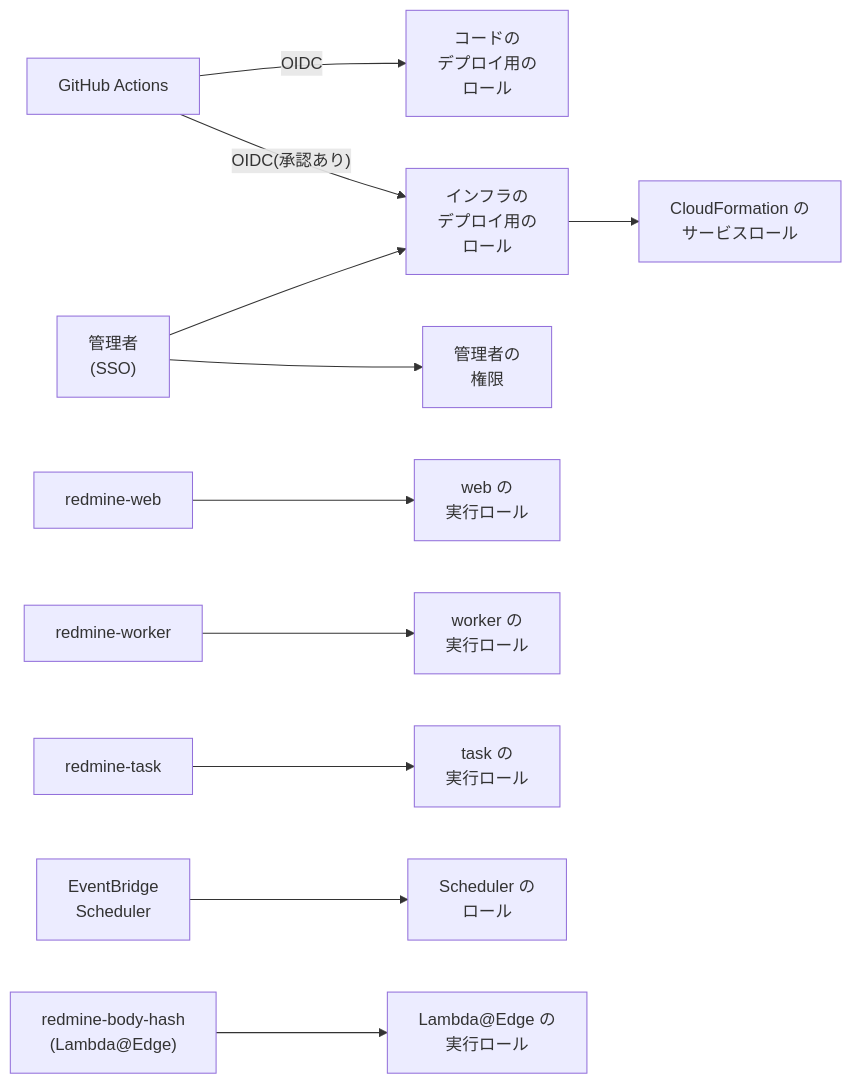
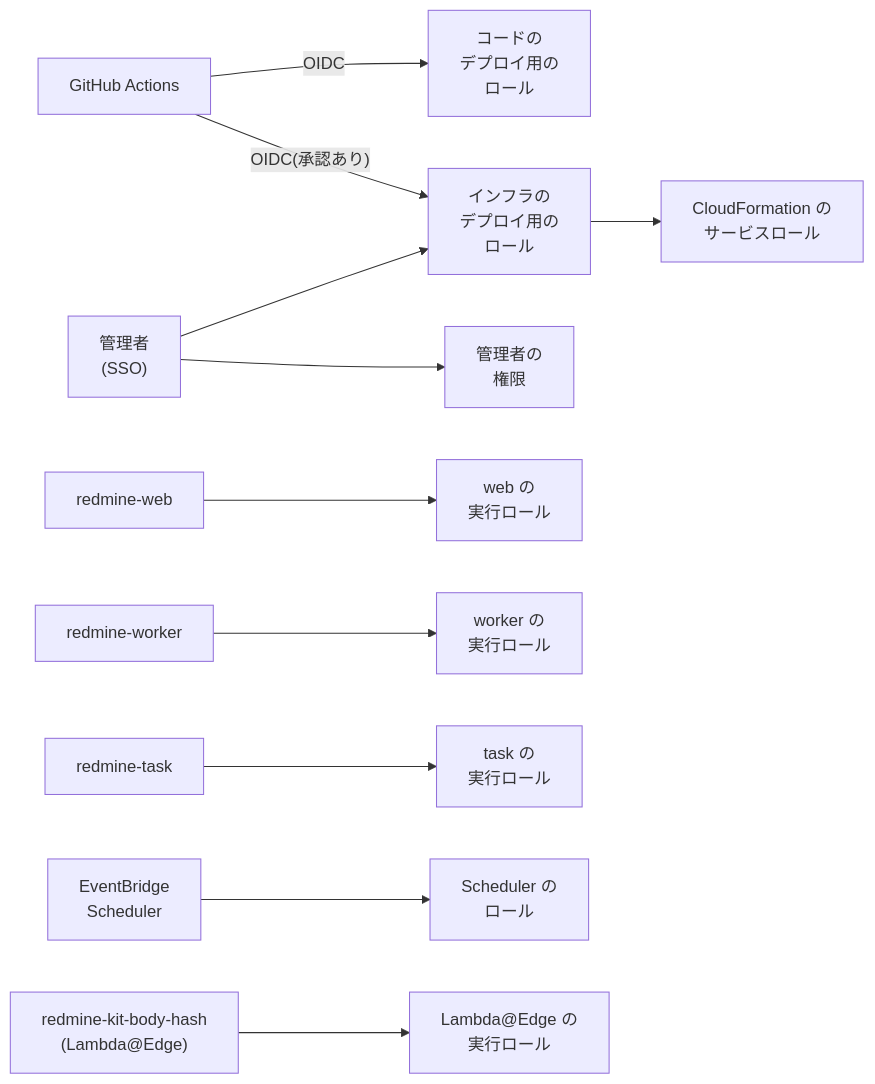
One commit to redmine-kit/serverless changed the diagram in docs/ja/iam.md. Above: the diagram before and after it, drawn with Mermaid. The commit also changed other lines of this file and 34 other files, not shown here.

First line of the commit message:
Prefix the account's shared AWS resources with redmine-kit-

````diff
--- a/docs/ja/iam.md
+++ b/docs/ja/iam.md
@@ -25,13 +25,13 @@
 ```mermaid
 flowchart LR
   gh["GitHub Actions"] -- "OIDC" --> deploy["コードの<br>デプロイ用の<br>ロール"]
   gh -- "OIDC(承認あり)" --> infra["インフラの<br>デプロイ用の<br>ロール"]
   sso["管理者<br>(SSO)"] --> admin["管理者の<br>権限"]
   sso --> infra
   infra --> cfn["CloudFormation の<br>サービスロール"]
   web["redmine-web"] --> rweb["web の<br>実行ロール"]
   worker["redmine-worker"] --> rworker["worker の<br>実行ロール"]
   task["redmine-task"] --> rtask["task の<br>実行ロール"]
   sch["EventBridge<br>Scheduler"] --> rsch["Scheduler の<br>ロール"]
-  edge["redmine-body-hash<br>(Lambda@Edge)"] --> redge["Lambda@Edge の<br>実行ロール"]
+  edge["redmine-kit-body-hash<br>(Lambda@Edge)"] --> redge["Lambda@Edge の<br>実行ロール"]
 ```
````
